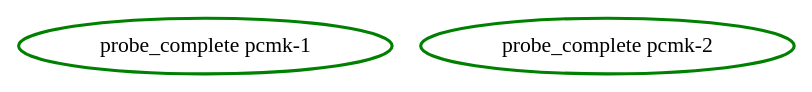
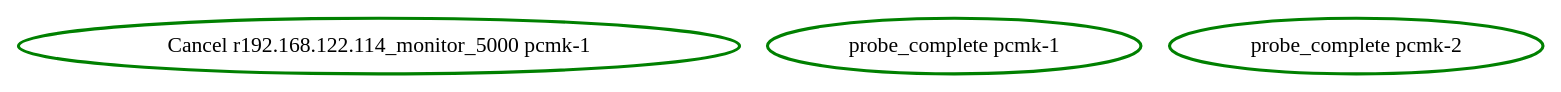
Before and after one commit to ClusterLabs/pacemaker: the diagram in pengine/test10/group-unmanaged.dot, drawn with Graphviz. The commit also changed 73 other files, not shown here.

Commit message:
Test: pengine: Cancel monitor operations for unmanaged resources

```diff
--- a/pengine/test10/group-unmanaged.dot
+++ b/pengine/test10/group-unmanaged.dot
@@ -1,4 +1,5 @@
 digraph "g" {
+"Cancel r192.168.122.114_monitor_5000 pcmk-1" [ style=bold color="green" fontcolor="black"]
 "probe_complete pcmk-1" [ style=bold color="green" fontcolor="black"]
 "probe_complete pcmk-2" [ style=bold color="green" fontcolor="black"]
 }
```
